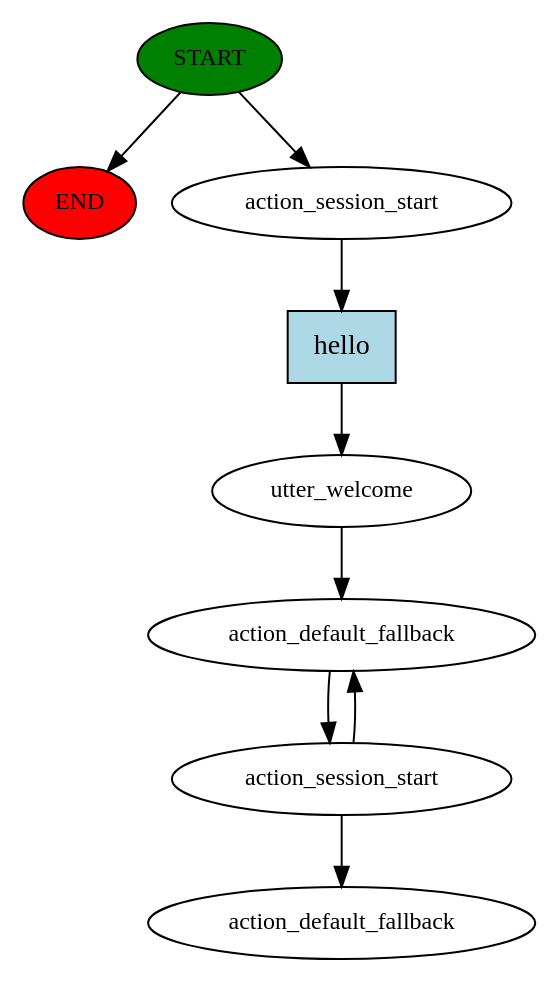
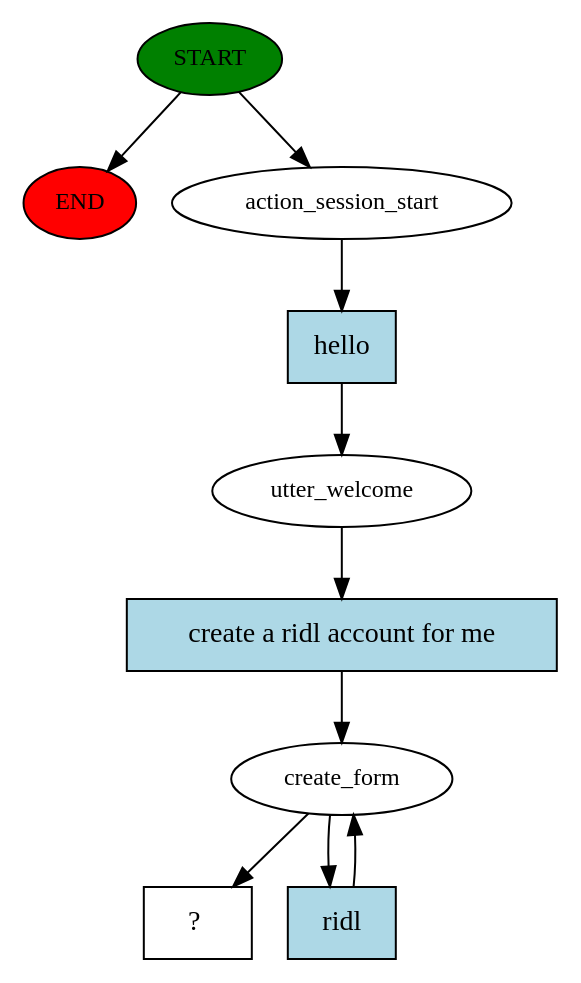
The diagram in ridl_nlp/story_graph.dot (nehald/ridl_nlp_2021), drawn with Graphviz before and after one commit. The commit also changed 19 other files, not shown here.

```diff
--- a/ridl_nlp/story_graph.dot
+++ b/ridl_nlp/story_graph.dot
@@ -1,18 +1,20 @@
 digraph  {
 0 [class="start active", fillcolor=green, fontsize=12, label=START, style=filled];
 "-1" [class=end, fillcolor=red, fontsize=12, label=END, style=filled];
 1 [class=active, fontsize=12, label=action_session_start];
 2 [class=active, fontsize=12, label=utter_welcome];
-3 [class=active, fontsize=12, label=action_default_fallback];
-4 [class=active, fontsize=12, label=action_session_start];
-9 [class="dashed active", fontsize=12, label=action_default_fallback];
-10 [class="intent active", fillcolor=lightblue, label=hello, shape=rect, style=filled];
+3 [class=active, fontsize=12, label=create_form];
+5 [class="intent dashed active", label="  ?  ", shape=rect];
+6 [class="intent active", fillcolor=lightblue, label=hello, shape=rect, style=filled];
+7 [class="intent active", fillcolor=lightblue, label="create a ridl account for me", shape=rect, style=filled];
+8 [class="intent active", fillcolor=lightblue, label=ridl, shape=rect, style=filled];
 0 -> "-1"  [class="", key=NONE, label=""];
 0 -> 1  [class=active, key=NONE, label=""];
-1 -> 10  [class=active, key=0];
-2 -> 3  [class=active, key=NONE, label=""];
-3 -> 4  [class=active, key=NONE, label=""];
-4 -> 3  [class=active, key=NONE, label=""];
-4 -> 9  [class=active, key=NONE, label=""];
-10 -> 2  [class=active, key=0];
+1 -> 6  [class=active, key=0];
+2 -> 7  [class=active, key=0];
+3 -> 5  [class=active, key=NONE, label=""];
+3 -> 8  [class=active, key=0];
+6 -> 2  [class=active, key=0];
+7 -> 3  [class=active, key=0];
+8 -> 3  [class=active, key=0];
 }
```
